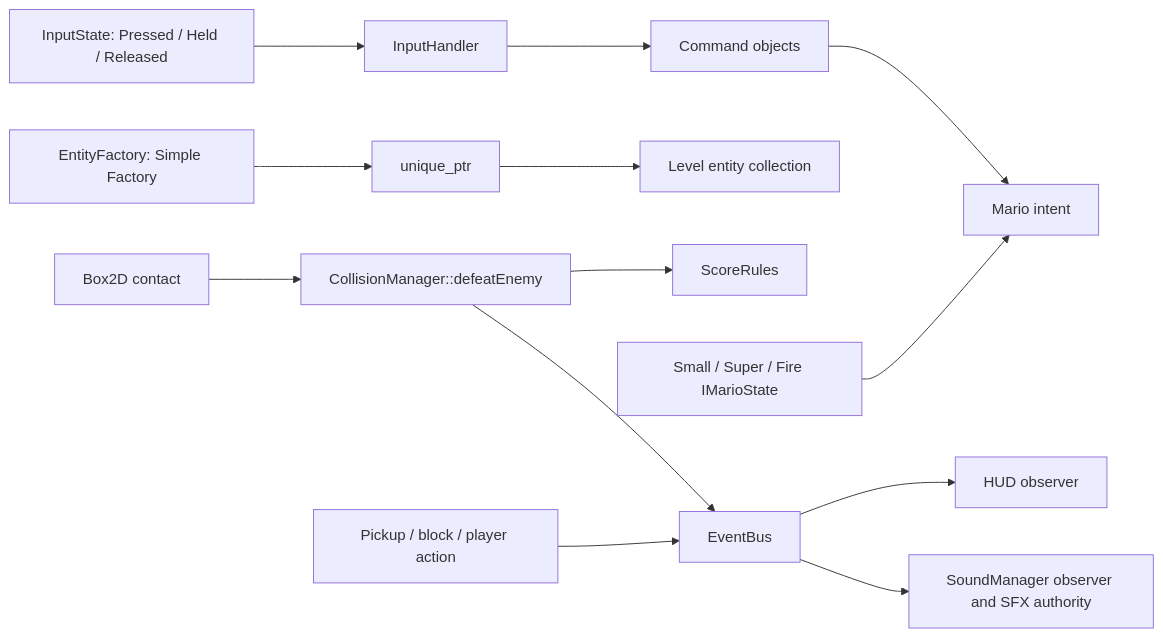
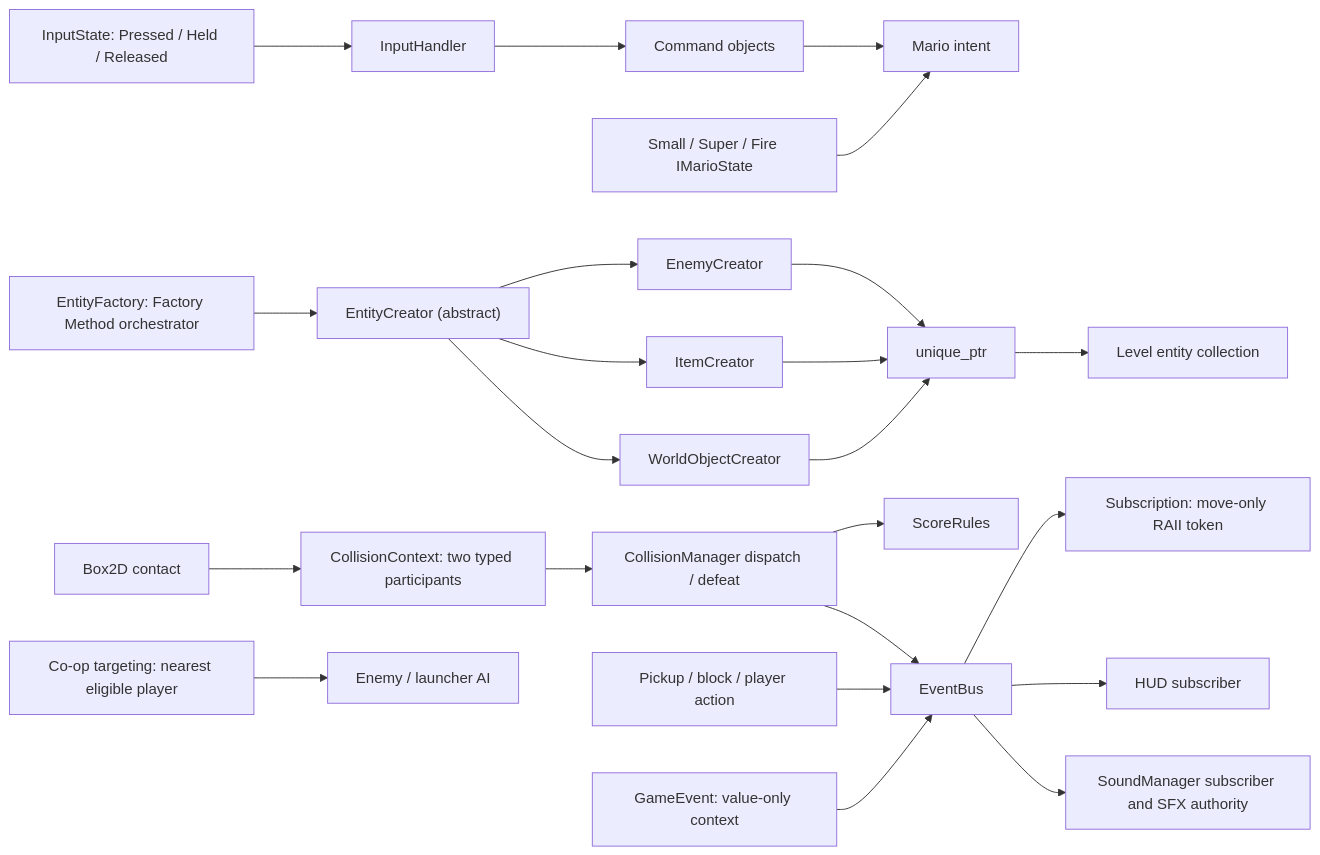
Before and after one commit to baoduong2342007/CS202-Group04-FinalProject: the fourth of 4 diagrams in docs/class_diagram.md, drawn with Mermaid. The commit also changed other lines of this file and 15 other files, not shown here.

````diff
--- a/docs/class_diagram.md
+++ b/docs/class_diagram.md
@@ -249,18 +282,29 @@
 ```mermaid
 flowchart LR
     Input["InputState: Pressed / Held / Released"] --> Handler["InputHandler"]
     Handler --> Command["Command objects"]
     Command --> Mario["Mario intent"]
 
-    Factory["EntityFactory: Simple Factory"] --> Owned["unique_ptr<Entity>"]
+    Factory["EntityFactory: Factory Method orchestrator"] --> Creator["EntityCreator (abstract)"]
+    Creator --> EnemyCreator["EnemyCreator"]
+    Creator --> ItemCreator["ItemCreator"]
+    Creator --> WorldCreator["WorldObjectCreator"]
+    EnemyCreator --> Owned["unique_ptr<Entity>"]
+    ItemCreator --> Owned
+    WorldCreator --> Owned
     Owned --> Level["Level entity collection"]
 
-    Contact["Box2D contact"] --> Defeat["CollisionManager::defeatEnemy"]
+    Contact["Box2D contact"] --> Context["CollisionContext: two typed participants"]
+    Context --> Defeat["CollisionManager dispatch / defeat"]
     Defeat --> Score["ScoreRules"]
     Defeat --> Bus["EventBus"]
     Item["Pickup / block / player action"] --> Bus
-    Bus --> HUD["HUD observer"]
-    Bus --> Sound["SoundManager observer and SFX authority"]
+    Event["GameEvent: value-only context"] --> Bus
+    Bus --> Token["Subscription: move-only RAII token"]
+    Bus --> HUD["HUD subscriber"]
+    Bus --> Sound["SoundManager subscriber and SFX authority"]
+
+    Coop["Co-op targeting: nearest eligible player"] --> EnemyAI["Enemy / launcher AI"]
 
     MarioState["Small / Super / Fire IMarioState"] --> Mario
 ```
````
